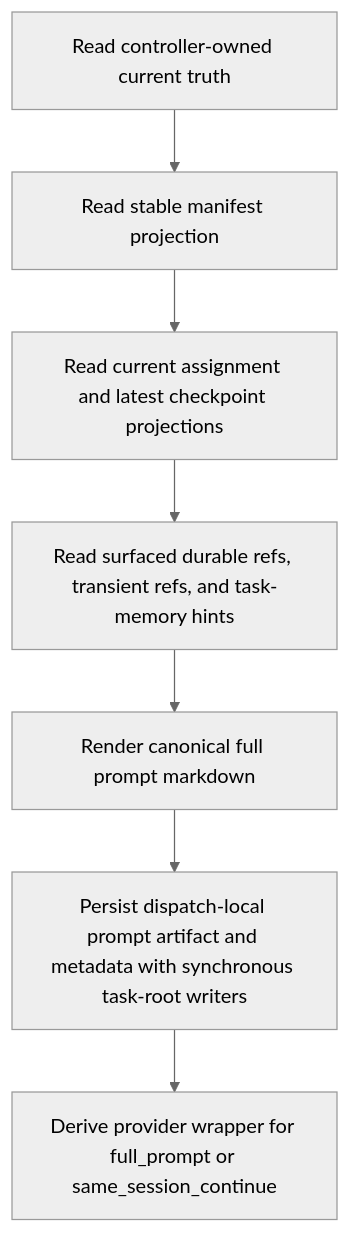
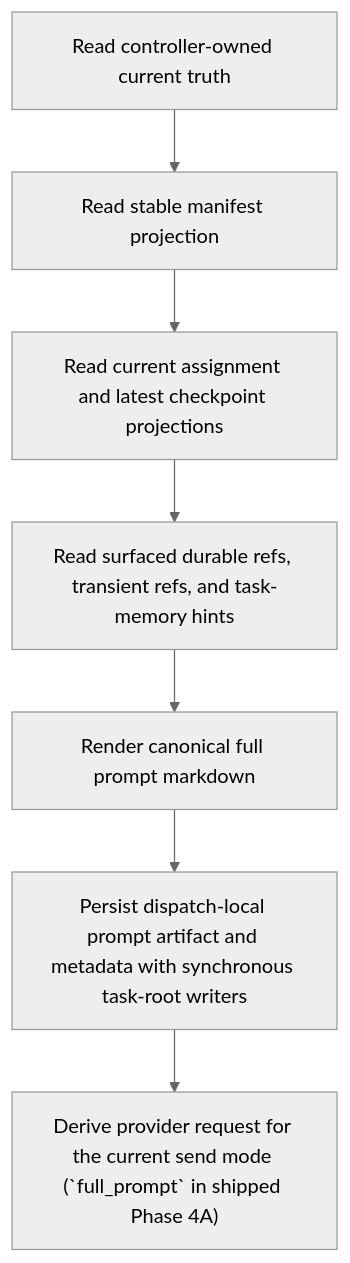
Before and after one commit to ringlochid/AutoClaw: the diagram in docs/redesign/prompt-layer/render-and-persistence.md, drawn with Mermaid (neutral theme). The commit also changed other lines of this file and 100 other files, not shown here.

````diff
--- a/docs/redesign/prompt-layer/render-and-persistence.md
+++ b/docs/redesign/prompt-layer/render-and-persistence.md
@@ -9,9 +9,9 @@
 ```mermaid
 flowchart TD
     A["Read controller-owned current truth"] --> B["Read stable manifest projection"]
     B --> C["Read current assignment and latest checkpoint projections"]
     C --> D["Read surfaced durable refs, transient refs, and task-memory hints"]
     D --> E["Render canonical full prompt markdown"]
     E --> F["Persist dispatch-local prompt artifact and metadata with synchronous task-root writers"]
-    F --> G["Derive provider wrapper for full_prompt or same_session_continue"]
+    F --> G["Derive provider request for the current send mode (`full_prompt` in shipped Phase 4A)"]
 ```
````
